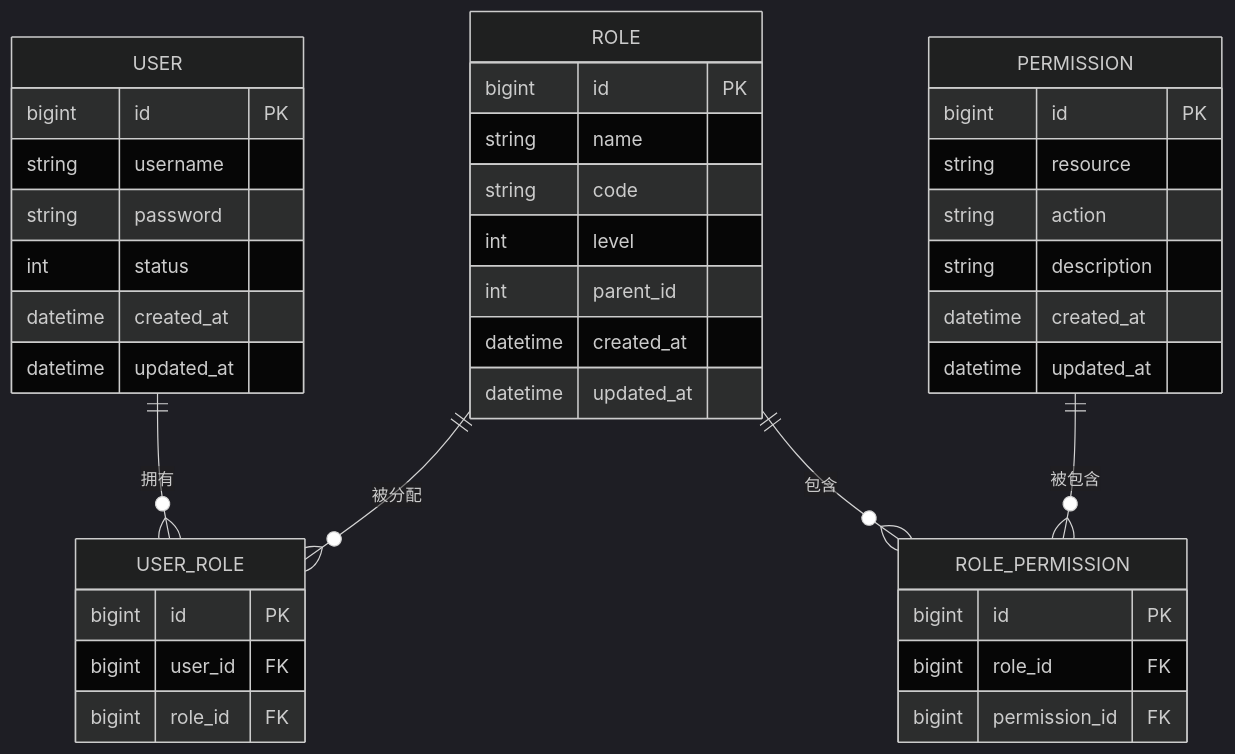
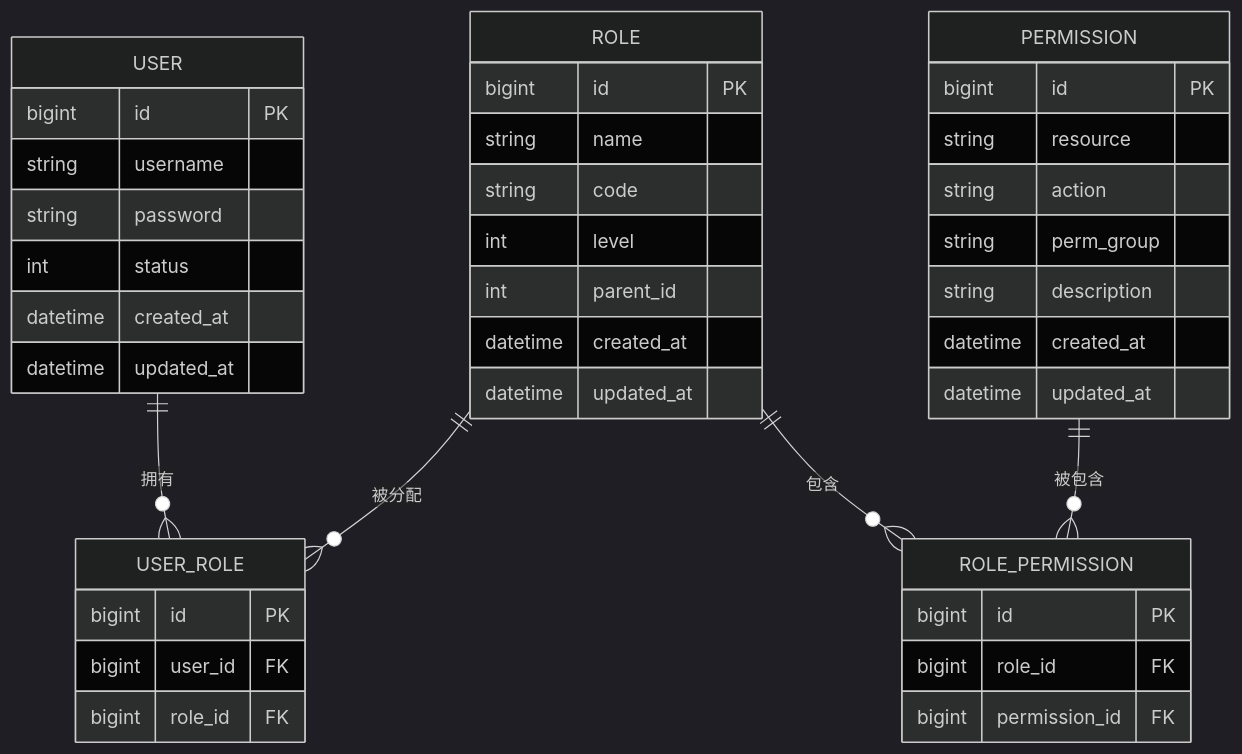
One commit to liming-lihaini/workflow changed the third of 8 diagrams in .qoder/repowiki/zh/content/权限控制系统/RBAC权限模型.md. Above: the diagram before and after it, drawn with Mermaid (dark theme). The commit also changed other lines of this file and 46 other files, not shown here.

````diff
--- a/.qoder/repowiki/zh/content/权限控制系统/RBAC权限模型.md
+++ b/.qoder/repowiki/zh/content/权限控制系统/RBAC权限模型.md
@@ -237,42 +251,43 @@
 ```mermaid
 erDiagram
 USER {
 bigint id PK
 string username
 string password
 int status
 datetime created_at
 datetime updated_at
 }
 ROLE {
 bigint id PK
 string name
 string code
 int level
 int parent_id
 datetime created_at
 datetime updated_at
 }
 PERMISSION {
 bigint id PK
 string resource
 string action
+string perm_group
 string description
 datetime created_at
 datetime updated_at
 }
 USER_ROLE {
 bigint id PK
 bigint user_id FK
 bigint role_id FK
 }
 ROLE_PERMISSION {
 bigint id PK
 bigint role_id FK
 bigint permission_id FK
 }
 USER ||--o{ USER_ROLE : "拥有"
 ROLE ||--o{ USER_ROLE : "被分配"
 ROLE ||--o{ ROLE_PERMISSION : "包含"
 PERMISSION ||--o{ ROLE_PERMISSION : "被包含"
 ```
````
